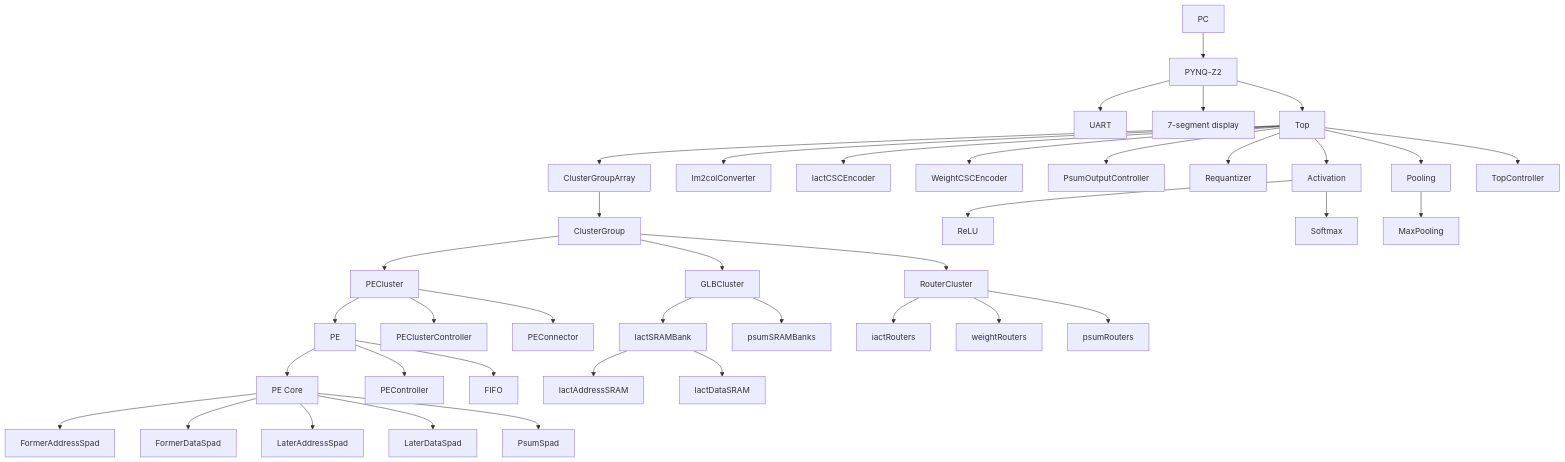
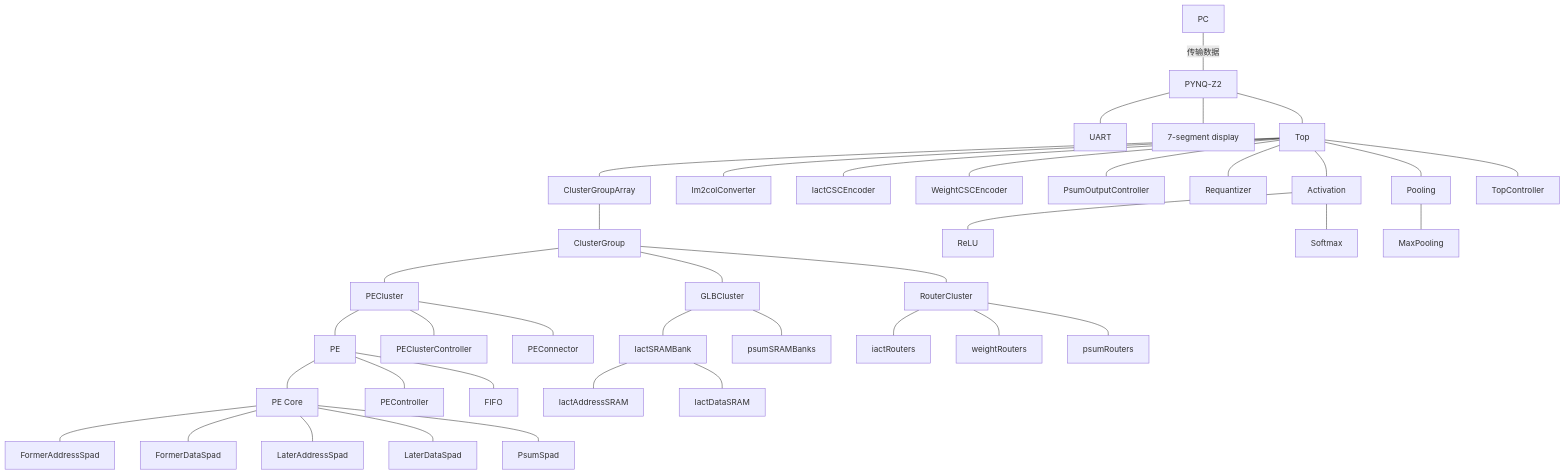
Before and after one commit to BoooC/CNN-Accelerator-Based-on-Eyeriss-v2: the diagram in README.md, drawn with Mermaid.

````diff
--- a/README.md
+++ b/README.md
@@ -14,41 +14,41 @@
 ```mermaid
-graph TD;
-    PC --> FPGA[PYNQ-Z2];
-    FPGA[PYNQ-Z2] --> UART;
-    FPGA[PYNQ-Z2] --> SegDisplay[7-segment display];
-    FPGA[PYNQ-Z2] --> Top;
-    Top --> ClusterGroupArray;
-    ClusterGroupArray --> ClusterGroup;
-    ClusterGroup --> PECluster;
-    ClusterGroup --> GLBCluster;
-    ClusterGroup --> RouterCluster;
-    PECluster --> PE;
-    PE --> PEC[PE Core];
-    PE --> PEController;
-    PE --> FIFO;
-    PEC --> FormerAddressSpad;
-    PEC --> FormerDataSpad;
-    PEC --> LaterAddressSpad;
-    PEC --> LaterDataSpad;
-    PEC --> PsumSpad;
-    PECluster --> PEClusterController;
-    PECluster --> PEConnector;
-    GLBCluster --> IactSRAMBank;
-    GLBCluster --> psumSRAMBanks;
-    IactSRAMBank --> IactAddressSRAM;
-    IactSRAMBank --> IactDataSRAM;
-    RouterCluster --> iactRouters;
-    RouterCluster --> weightRouters;
-    RouterCluster --> psumRouters;
-    Top --> Im2colConverter;
-    Top --> IactCSCEncoder;
-    Top --> WeightCSCEncoder;
-    Top --> PsumOutputController;
-    Top --> Requantizer;
-    Top --> Activation;
-    Activation --> ReLU;
-    Activation --> Softmax;
-    Top --> Pooling;
-    Pooling --> MaxPooling;
-    Top --> TopController;
+graph TB;
+    PC ---|传输数据| FPGA[PYNQ-Z2];
+    FPGA[PYNQ-Z2] --- UART;
+    FPGA[PYNQ-Z2] --- SegDisplay[7-segment display];
+    FPGA[PYNQ-Z2] --- Top;
+    Top --- ClusterGroupArray;
+    ClusterGroupArray --- ClusterGroup;
+    ClusterGroup --- PECluster;
+    ClusterGroup --- GLBCluster;
+    ClusterGroup --- RouterCluster;
+    PECluster --- PE;
+    PE --- PEC[PE Core];
+    PE --- PEController;
+    PE --- FIFO;
+    PEC --- FormerAddressSpad;
+    PEC --- FormerDataSpad;
+    PEC --- LaterAddressSpad;
+    PEC --- LaterDataSpad;
+    PEC --- PsumSpad;
+    PECluster --- PEClusterController;
+    PECluster --- PEConnector;
+    GLBCluster --- IactSRAMBank;
+    GLBCluster --- psumSRAMBanks;
+    IactSRAMBank --- IactAddressSRAM;
+    IactSRAMBank --- IactDataSRAM;
+    RouterCluster --- iactRouters;
+    RouterCluster --- weightRouters;
+    RouterCluster --- psumRouters;
+    Top --- Im2colConverter;
+    Top --- IactCSCEncoder;
+    Top --- WeightCSCEncoder;
+    Top --- PsumOutputController;
+    Top --- Requantizer;
+    Top --- Activation;
+    Activation --- ReLU;
+    Activation --- Softmax;
+    Top --- Pooling;
+    Pooling --- MaxPooling;
+    Top --- TopController;
 ```
````
